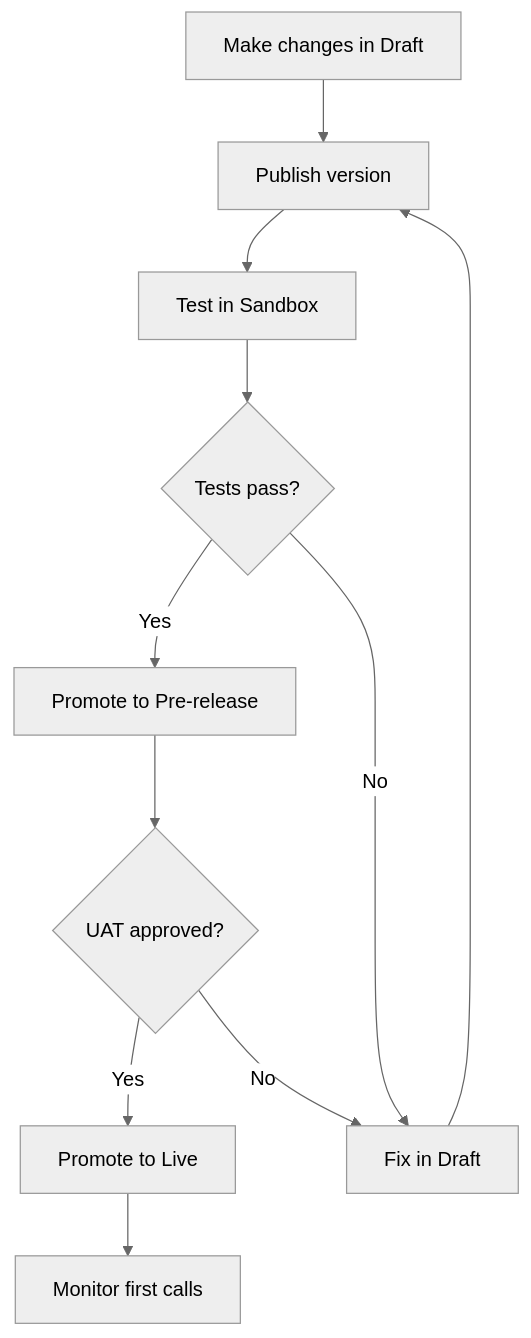
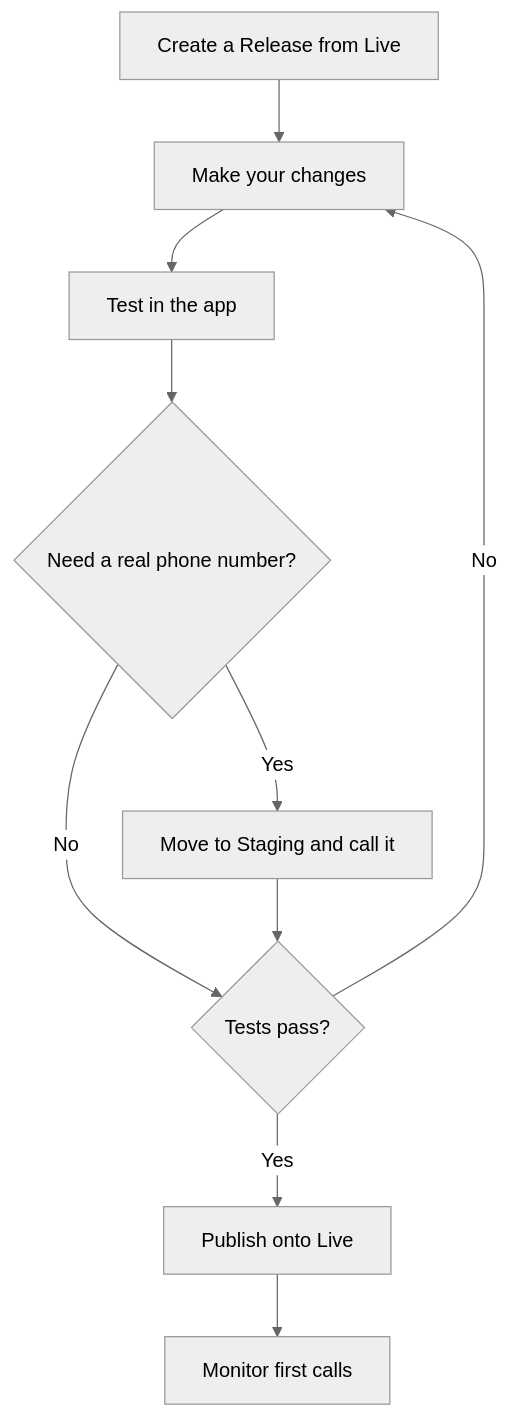
Before and after one commit to PolyAI-LDN/polyai-mintlify-doc: the diagram in learn/guides/get-started/environments.mdx, drawn with Mermaid (neutral theme). The commit also changed other lines of this file and 5 other files, not shown here.

First line of the commit message:
docs: rewrite deployment docs for the new Live/Release/Branch model

````diff
--- a/learn/guides/get-started/environments.mdx
+++ b/learn/guides/get-started/environments.mdx
@@ -41,13 +39,12 @@
 ```mermaid
 flowchart TD
-    A[Make changes in Draft] --> B[Publish version]
-    B --> C[Test in Sandbox]
-    C --> D{Tests pass?}
-    D -->|Yes| E[Promote to Pre-release]
-    D -->|No| F[Fix in Draft]
-    F --> B
-    E --> G{UAT approved?}
-    G -->|Yes| H[Promote to Live]
-    G -->|No| F
-    H --> I[Monitor first calls]
+    A[Create a Release from Live] --> B[Make your changes]
+    B --> C[Test in the app]
+    C --> D{Need a real phone number?}
+    D -->|Yes| E[Move to Staging and call it]
+    D -->|No| F{Tests pass?}
+    E --> F
+    F -->|Yes| G[Publish onto Live]
+    F -->|No| B
+    G --> H[Monitor first calls]
 ```
````
